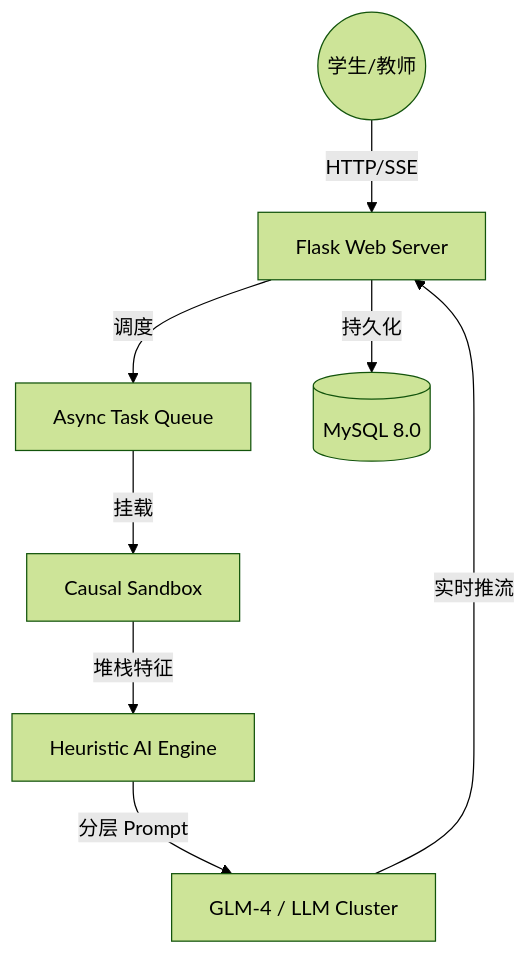
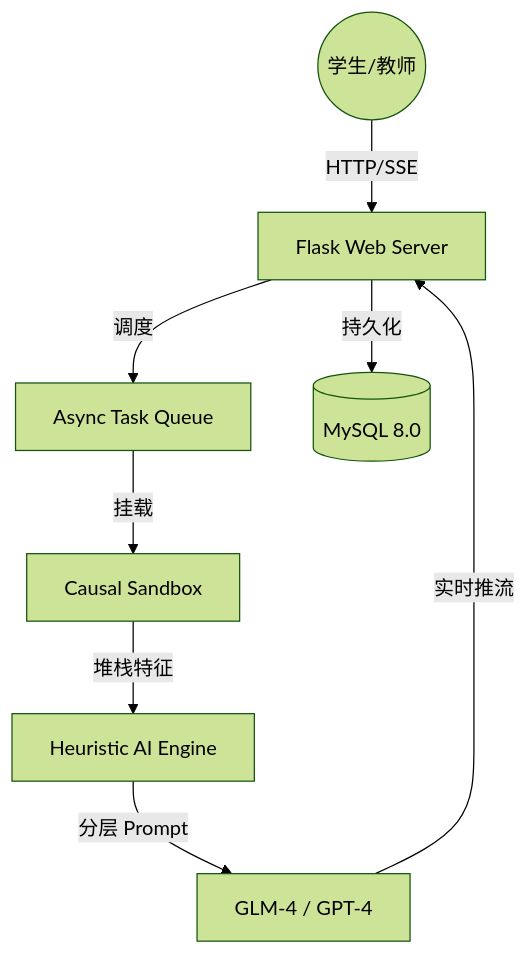
One commit to Swan1127/CodeSense changed the diagram in README.md. Above: the diagram before and after it, drawn with Mermaid (forest theme). The commit also changed other lines of this file, not shown here.

````diff
--- a/README.md
+++ b/README.md
@@ -50,10 +70,10 @@
 ```mermaid
 graph TD
     User((学生/教师)) -->|HTTP/SSE| Web[Flask Web Server]
     Web -->|调度| Queue[Async Task Queue]
     Queue -->|挂载| Sandbox[Causal Sandbox]
     Sandbox -->|堆栈特征| AI[Heuristic AI Engine]
-    AI -->|分层 Prompt| LLM[GLM-4 / LLM Cluster]
+    AI -->|分层 Prompt| LLM[GLM-4 / GPT-4]
     LLM -->|实时推流| Web
     Web -->|持久化| DB[(MySQL 8.0)]
 ```
````
